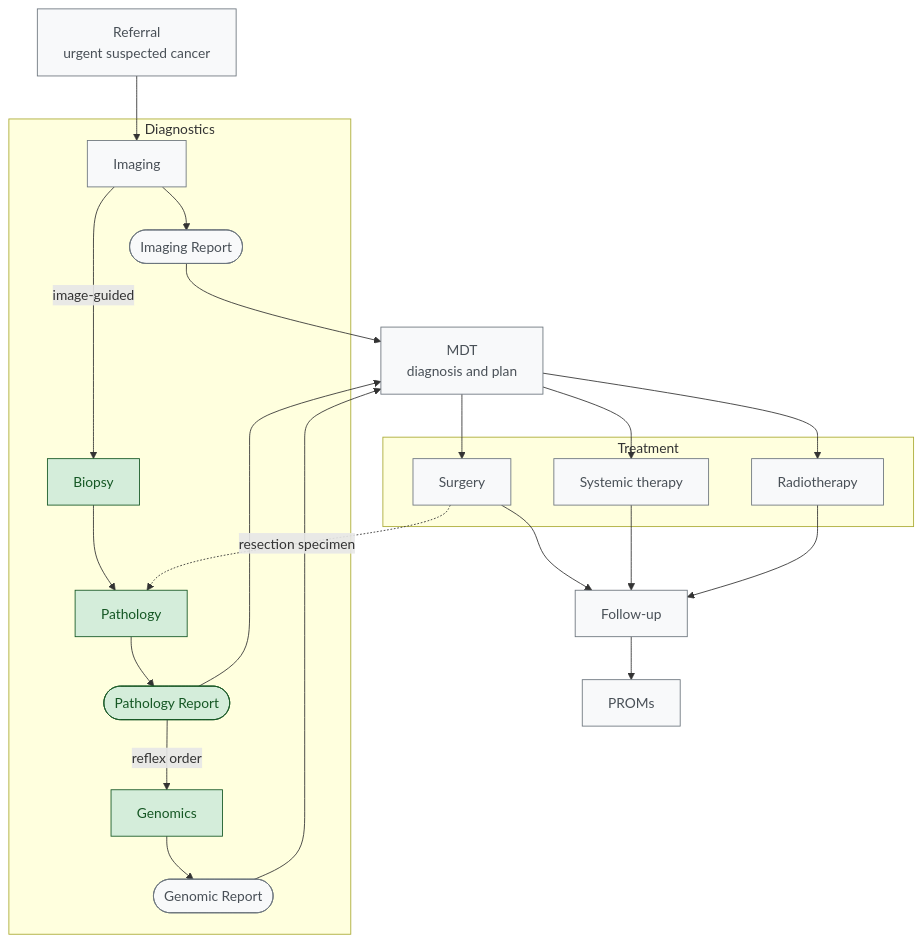
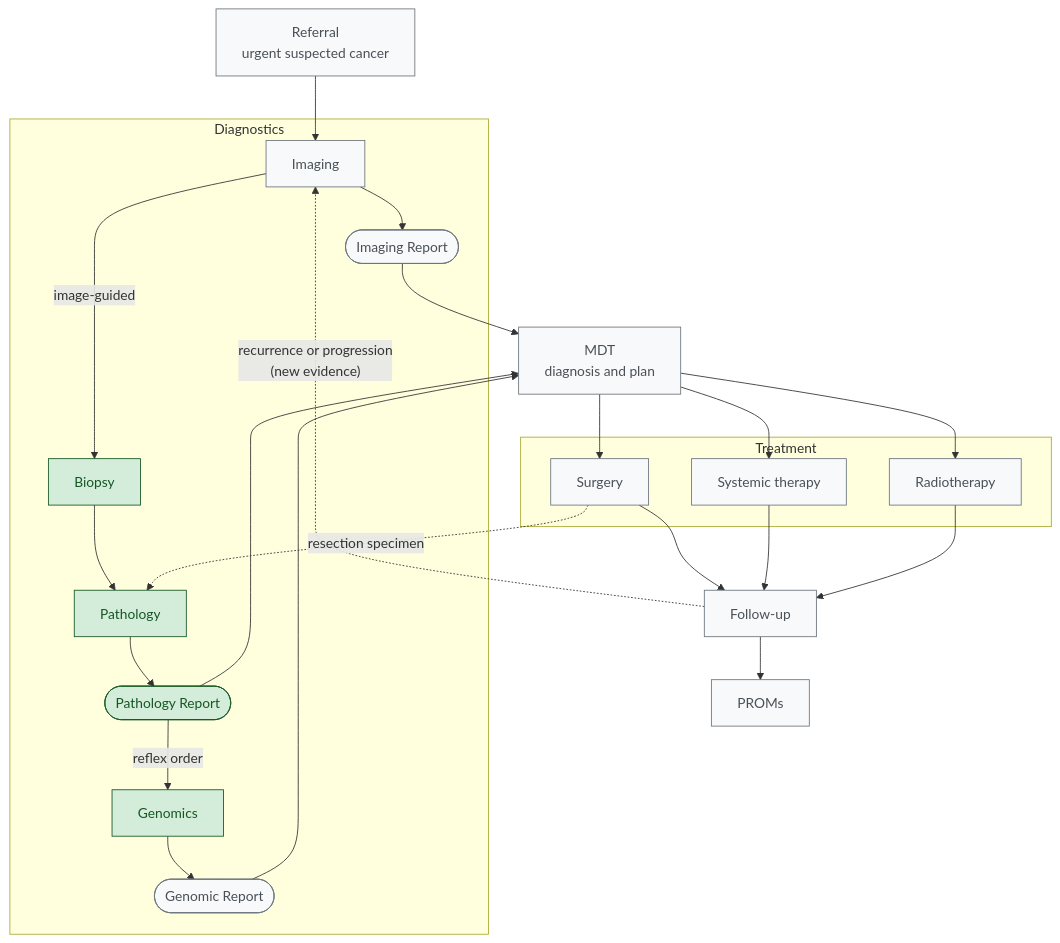
The first of 2 diagrams in input/pagecontent/CancerPathway.md (KevinMayfield/CancerPathologyReport), drawn with Mermaid before and after one commit. The commit also changed other lines of this file and 5 other files, not shown here.

````diff
--- a/input/pagecontent/CancerPathway.md
+++ b/input/pagecontent/CancerPathway.md
@@ -20,41 +23,42 @@
 ```mermaid
 flowchart TB
     A["Referral<br/>urgent suspected cancer"]
 
     subgraph DIAG["Diagnostics"]
         B["Imaging"]
         C["Biopsy"]
         D["Pathology"]
         E["Genomics"]
         BR(["Imaging Report"])
         DR(["Pathology Report"])
         ER(["Genomic Report"])
     end
 
     F["MDT<br/>diagnosis and plan"]
 
     subgraph TX["Treatment"]
         G["Surgery"]
         H["Systemic therapy"]
         I["Radiotherapy"]
     end
 
     J["Follow-up"]
     K["PROMs"]
 
     A --> B
     B --> BR
     B -->|"image-guided"| C
     C --> D --> DR
     DR -->|"reflex order"| E
     E --> ER
     BR & DR & ER --> F
     F --> G & H & I
     G -.->|"resection specimen"| D
     G & H & I --> J --> K
+    J -.->|"recurrence or progression<br/>(new evidence)"| B
 
     classDef inscope fill:#d4edda,stroke:#155724,color:#155724
     classDef context fill:#f8f9fa,stroke:#6c757d,color:#495057
     class C,D,DR,E inscope
     class A,B,BR,ER,F,G,H,I,J,K context
 ```
````
